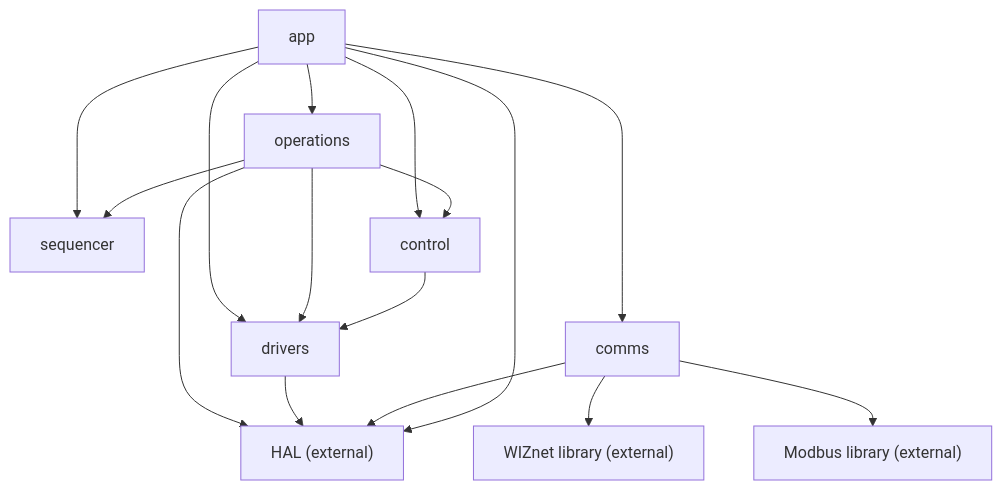
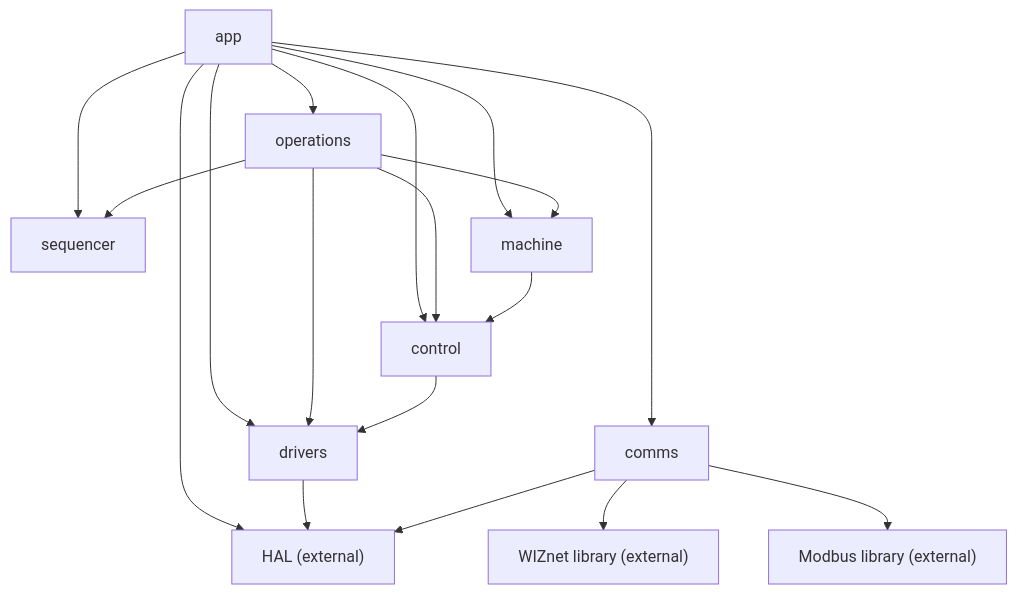
Before and after one commit to josuebouchard/safe-dip-firmware: the first of 2 diagrams in App/README.md, drawn with Mermaid. The commit also changed other lines of this file and 4 other files, not shown here.

````diff
--- a/App/README.md
+++ b/App/README.md
@@ -6,26 +6,27 @@
 ```mermaid
 flowchart TD
     app --> operations
     app --> sequencer
+    app --> machine
     app --> control
     app --> drivers
     app --> comms
+    app --> HAL
 
     operations --> sequencer
+    operations --> machine
     operations --> control
     operations --> drivers
-    operations --> HAL
 
+    machine --> control
     control --> drivers
     drivers --> HAL
 
     comms --> HAL
     comms --> WIZnet
     comms --> Modbus
 
-    app --> HAL
-
     HAL["HAL (external)"]
     WIZnet["WIZnet library (external)"]
     Modbus["Modbus library (external)"]
 ```
````
